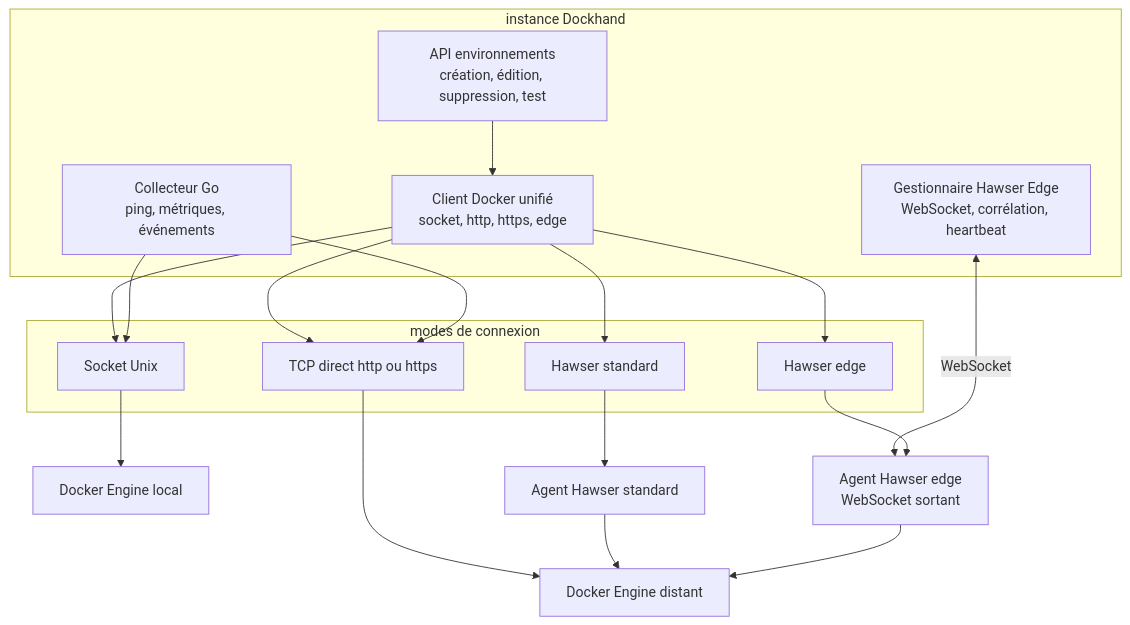
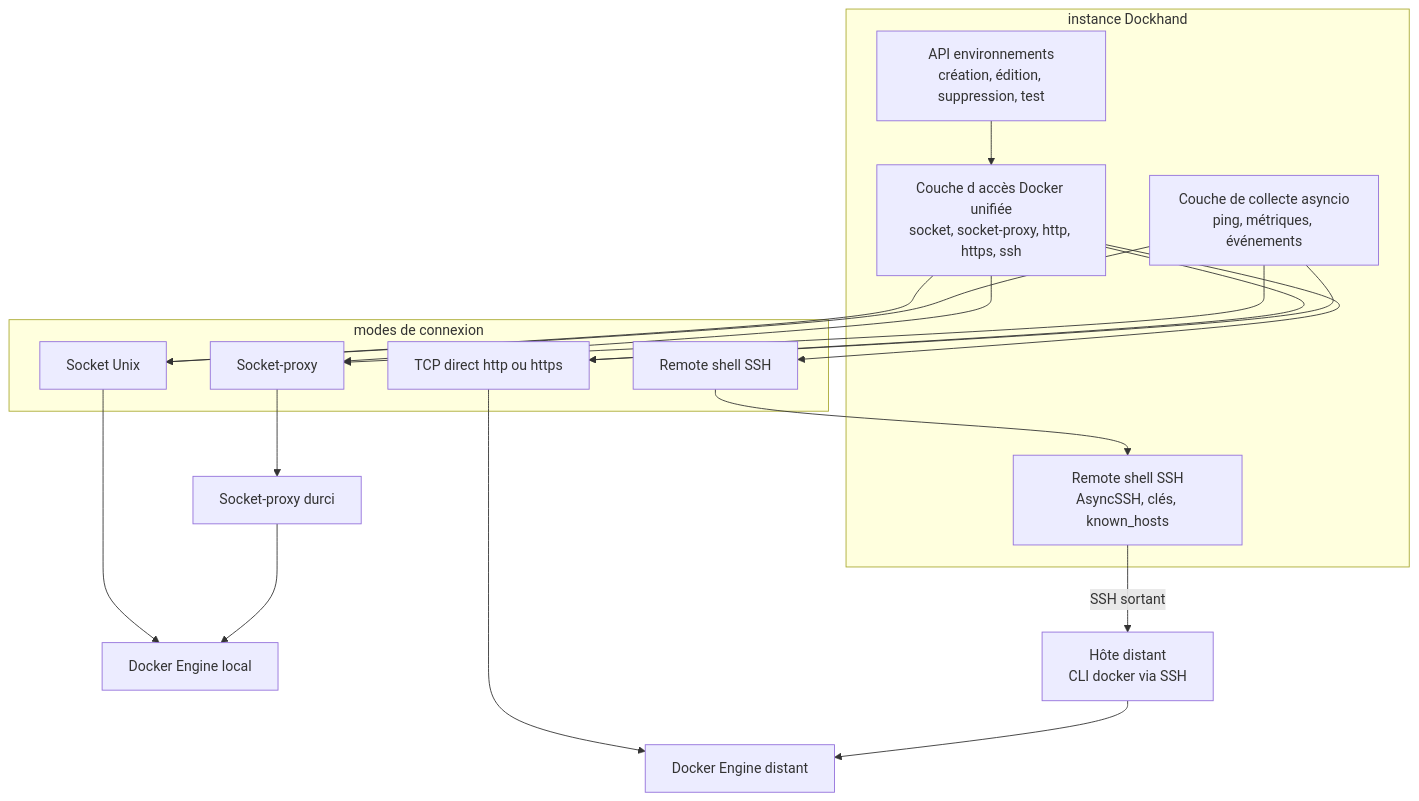
One commit to stefapi/windflow changed the first of 3 diagrams in docs/spec_dockhand_reference/04-environnements.md. Above: the diagram before and after it, drawn with Mermaid. The commit also changed other lines of this file and 15 other files, not shown here.

````diff
--- a/docs/spec_dockhand_reference/04-environnements.md
+++ b/docs/spec_dockhand_reference/04-environnements.md
@@ -42,34 +38,36 @@
 ```mermaid
 flowchart TB
     subgraph Dockhand[ instance Dockhand ]
         API[API environnements<br/>création, édition, suppression, test]
-        DOCK[Client Docker unifié<br/>socket, http, https, edge]
-        COLLECT[Collecteur Go<br/>ping, métriques, événements]
-        HAWSERMGR[Gestionnaire Hawser Edge<br/>WebSocket, corrélation, heartbeat]
+        DOCK[Couche d accès Docker unifiée<br/>socket, socket-proxy, http, https, ssh]
+        COLLECT[Couche de collecte asyncio<br/>ping, métriques, événements]
+        SSHMGR[Remote shell SSH<br/>AsyncSSH, clés, known_hosts]
     end
 
     subgraph Modes[ modes de connexion ]
         S[Socket Unix]
+        SP[Socket-proxy]
         D[TCP direct http ou https]
-        HS[Hawser standard]
-        HE[Hawser edge]
+        RS[Remote shell SSH]
     end
 
     ENG1[Docker Engine local]
+    PROXY[Socket-proxy durci]
     ENG2[Docker Engine distant]
-    AGENT1[Agent Hawser standard]
-    AGENT2[Agent Hawser edge<br/>WebSocket sortant]
+    HOST[Hôte distant<br/>CLI docker via SSH]
 
     API --> DOCK
     DOCK --> S
+    DOCK --> SP
     DOCK --> D
-    DOCK --> HS
-    DOCK --> HE
+    DOCK --> RS
     COLLECT --> S
+    COLLECT --> SP
     COLLECT --> D
-    HAWSERMGR <-- WebSocket --> AGENT2
+    SSHMGR -- SSH sortant --> HOST
     S --> ENG1
+    SP --> PROXY --> ENG1
     D --> ENG2
-    HS --> AGENT1 --> ENG2
-    HE --> AGENT2 --> ENG2
+    RS --> SSHMGR
+    HOST --> ENG2
 ```
````
